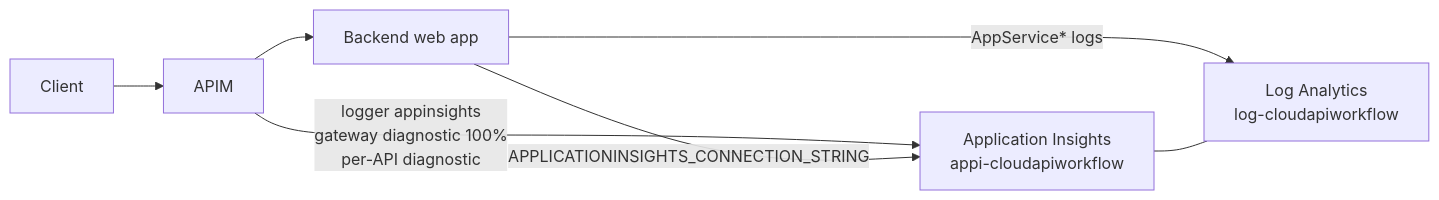
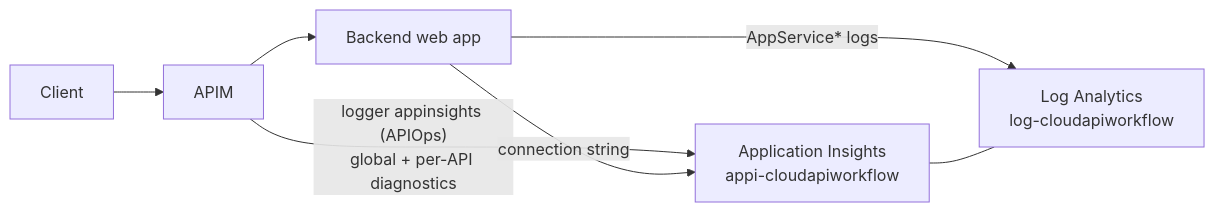
One commit to sampleworthy/cloudapiworkflow changed the diagram in docs/operations.md. Above: the diagram before and after it, drawn with Mermaid. The commit also changed other lines of this file and 127 other files, not shown here.

First line of the commit message:
Adopt Microsoft APIOps for the API lifecycle; Terraform owns the platform only

````diff
--- a/docs/operations.md
+++ b/docs/operations.md
@@ -5,9 +5,9 @@
 ```mermaid
 flowchart LR
     C["Client"] --> G["APIM"]
-    G -->|logger appinsights<br/>gateway diagnostic 100%<br/>per-API diagnostic| AI["Application Insights<br/>appi-cloudapiworkflow"]
+    G -->|"logger appinsights (APIOps)<br/>global + per-API diagnostics"| AI["Application Insights<br/>appi-cloudapiworkflow"]
     G --> B["Backend web app"]
     B -->|AppService* logs| LAW["Log Analytics<br/>log-cloudapiworkflow"]
-    B -->|APPLICATIONINSIGHTS_CONNECTION_STRING| AI
+    B -->|connection string| AI
     AI --- LAW
 ```
````
